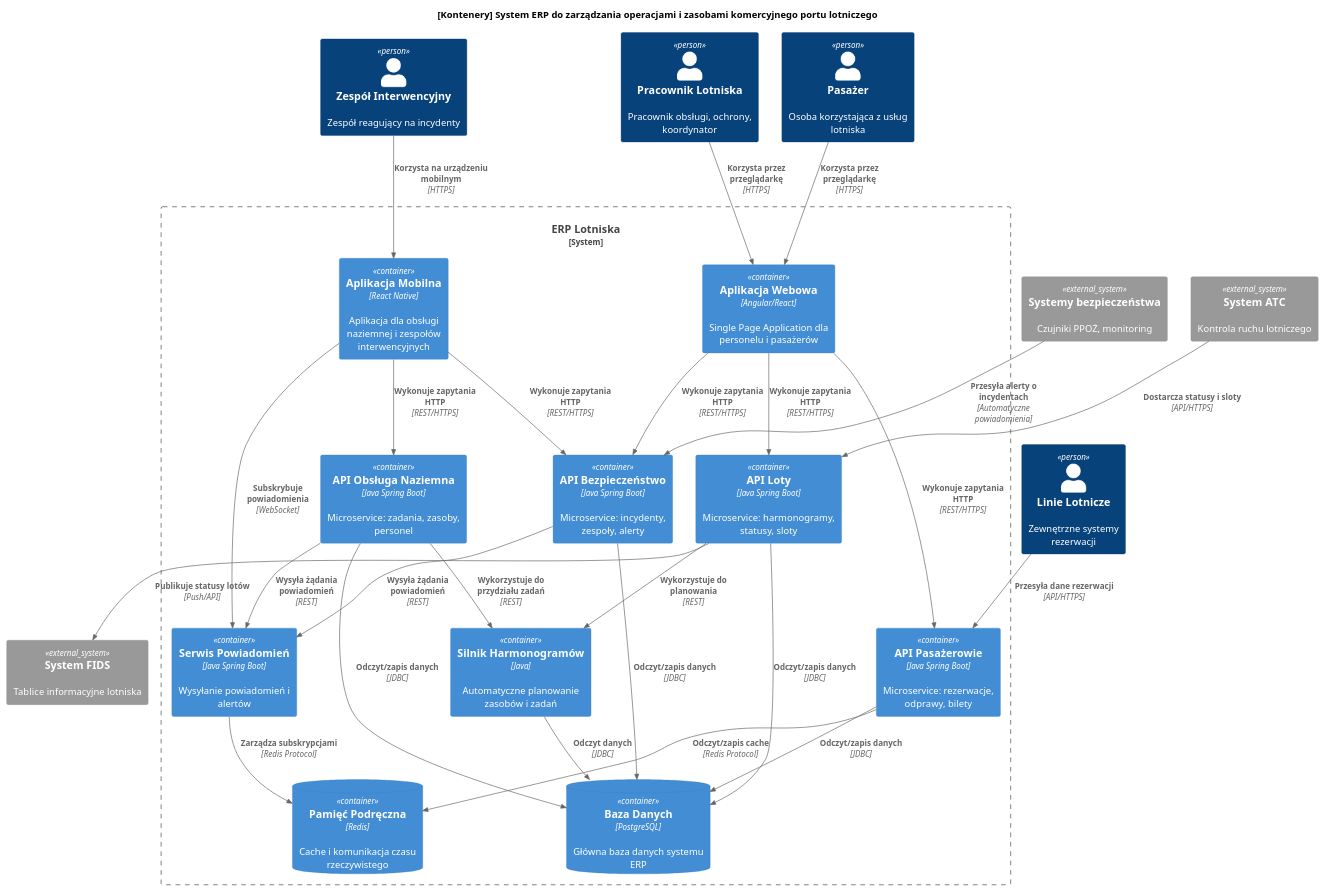
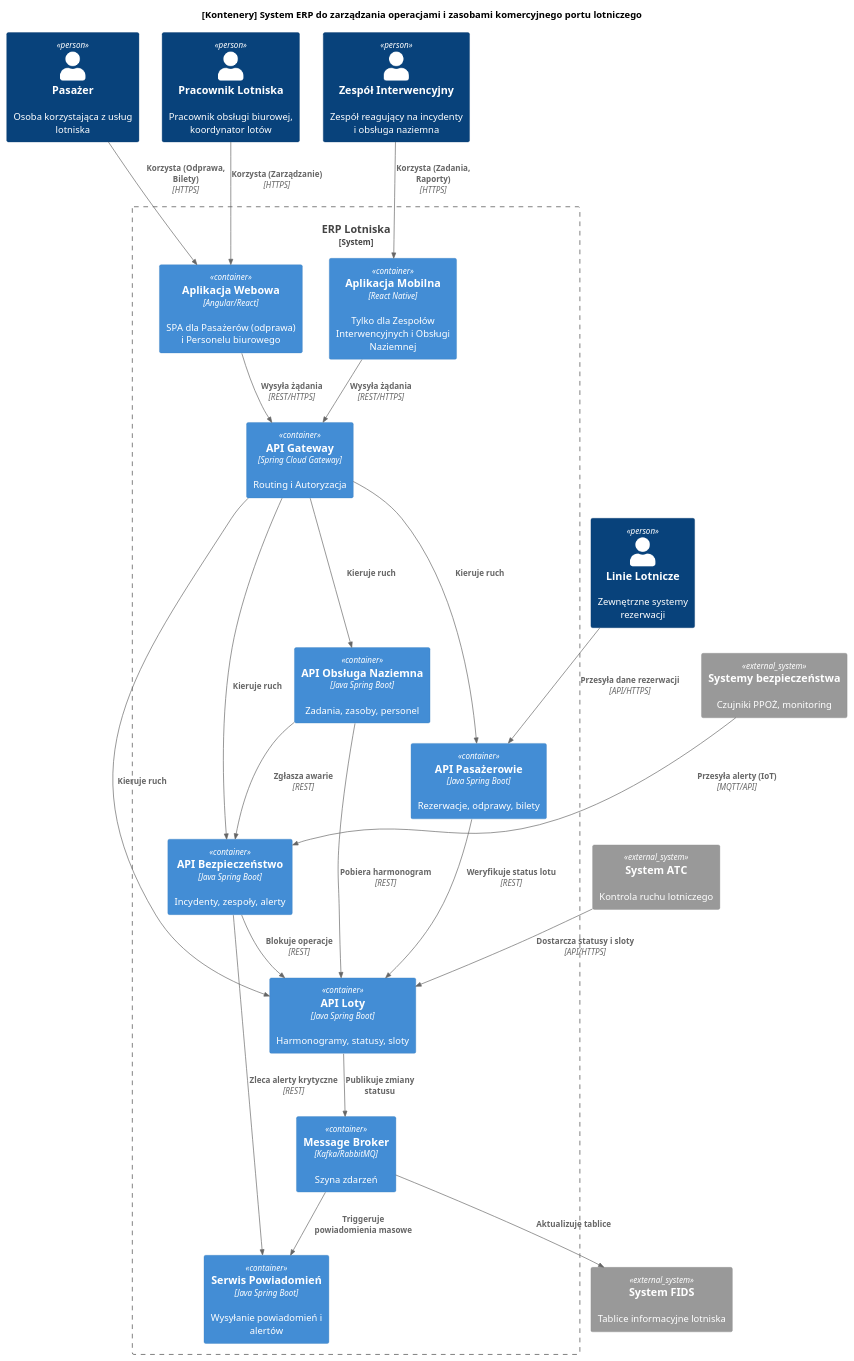
The diagram in Etap II/level2-container/system-overview.puml (lsok02/PSI), drawn with PlantUML before and after one commit. The commit also changed 2 other files, not shown here.

Commit message:
Add container diagram and detailed microservices descriptions for ERP system

```diff
--- a/Etap II/level2-container/system-overview.puml
+++ b/Etap II/level2-container/system-overview.puml
@@ -1,67 +1,74 @@
 @startuml
 !include https://raw.githubusercontent.com/plantuml-stdlib/C4-PlantUML/master/C4_Container.puml
 
 title [Kontenery] System ERP do zarządzania operacjami i zasobami komercyjnego portu lotniczego
 
+' --- AKTORZY ---
 Person(passenger, "Pasażer", "Osoba korzystająca z usług lotniska")
-Person(staff, "Pracownik Lotniska", "Pracownik obsługi, ochrony, koordynator")
-Person(team, "Zespół Interwencyjny", "Zespół reagujący na incydenty")
+Person(staff, "Pracownik Lotniska", "Pracownik obsługi biurowej, koordynator lotów")
+Person(team, "Zespół Interwencyjny", "Zespół reagujący na incydenty i obsługa naziemna")
 Person(airline, "Linie Lotnicze", "Zewnętrzne systemy rezerwacji")
 
+' --- SYSTEMY ZEWNĘTRZNE ---
 System_Ext(atc, "System ATC", "Kontrola ruchu lotniczego")
 System_Ext(fids, "System FIDS", "Tablice informacyjne lotniska")
 System_Ext(security, "Systemy bezpieczeństwa", "Czujniki PPOŻ, monitoring")
 
 System_Boundary(erp, "ERP Lotniska") {
-    Container(web_app, "Aplikacja Webowa", "Angular/React", "Single Page Application dla personelu i pasażerów")
-    Container(mobile_app, "Aplikacja Mobilna", "React Native", "Aplikacja dla obsługi naziemnej i zespołów interwencyjnych")
-    
-    Container(passenger_api, "API Pasażerowie", "Java Spring Boot", "Microservice: rezerwacje, odprawy, bilety")
-    Container(flights_api, "API Loty", "Java Spring Boot", "Microservice: harmonogramy, statusy, sloty")
-    Container(security_api, "API Bezpieczeństwo", "Java Spring Boot", "Microservice: incydenty, zespoły, alerty")
-    Container(ground_api, "API Obsługa Naziemna", "Java Spring Boot", "Microservice: zadania, zasoby, personel")
-    
+
+    ' --- APLIKACJE (FRONTEND) ---
+    Container(web_app, "Aplikacja Webowa", "Angular/React", "SPA dla Pasażerów (odprawa) i Personelu biurowego")
+    Container(mobile_app, "Aplikacja Mobilna", "React Native", "Tylko dla Zespołów Interwencyjnych i Obsługi Naziemnej")
+
+    ' --- BRAMA API ---
+    Container(api_gateway, "API Gateway", "Spring Cloud Gateway", "Routing i Autoryzacja")
+
+    ' --- MIKROSERWISY (BACKEND) ---
+    Container(passenger_api, "API Pasażerowie", "Java Spring Boot", "Rezerwacje, odprawy, bilety")
+    Container(flights_api, "API Loty", "Java Spring Boot", "Harmonogramy, statusy, sloty")
+    Container(security_api, "API Bezpieczeństwo", "Java Spring Boot", "Incydenty, zespoły, alerty")
+    Container(ground_api, "API Obsługa Naziemna", "Java Spring Boot", "Zadania, zasoby, personel")
+
     Container(notification_service, "Serwis Powiadomień", "Java Spring Boot", "Wysyłanie powiadomień i alertów")
-    Container(scheduling_engine, "Silnik Harmonogramów", "Java", "Automatyczne planowanie zasobów i zadań")
-    
-    ContainerDb(postgresql, "Baza Danych", "PostgreSQL", "Główna baza danych systemu ERP")
-    ContainerDb(redis, "Pamięć Podręczna", "Redis", "Cache i komunikacja czasu rzeczywistego")
+
+    ' --- KOMUNIKACJA ASYNCHRONICZNA ---
+    Container(msg_broker, "Message Broker", "Kafka/RabbitMQ", "Szyna zdarzeń")
 }
 
-' Relacje użytkowników
-Rel(passenger, web_app, "Korzysta przez przeglądarkę", "HTTPS")
-Rel(staff, web_app, "Korzysta przez przeglądarkę", "HTTPS")
-Rel(team, mobile_app, "Korzysta na urządzeniu mobilnym", "HTTPS")
+' --- RELACJE UŻYTKOWNIKÓW ---
+Rel(passenger, web_app, "Korzysta (Odprawa, Bilety)", "HTTPS")
+Rel(staff, web_app, "Korzysta (Zarządzanie)", "HTTPS")
+Rel(team, mobile_app, "Korzysta (Zadania, Raporty)", "HTTPS")
 
-' Relacje frontend -> backend
-Rel(web_app, passenger_api, "Wykonuje zapytania HTTP", "REST/HTTPS")
-Rel(web_app, flights_api, "Wykonuje zapytania HTTP", "REST/HTTPS")
-Rel(web_app, security_api, "Wykonuje zapytania HTTP", "REST/HTTPS")
+' --- RELACJE FRONTEND -> BACKEND ---
+Rel(web_app, api_gateway, "Wysyła żądania", "REST/HTTPS")
+Rel(mobile_app, api_gateway, "Wysyła żądania", "REST/HTTPS")
 
-Rel(mobile_app, ground_api, "Wykonuje zapytania HTTP", "REST/HTTPS")
-Rel(mobile_app, security_api, "Wykonuje zapytania HTTP", "REST/HTTPS")
-Rel(mobile_app, notification_service, "Subskrybuje powiadomienia", "WebSocket")
+Rel(api_gateway, passenger_api, "Kieruje ruch")
+Rel(api_gateway, flights_api, "Kieruje ruch")
+Rel(api_gateway, security_api, "Kieruje ruch")
+Rel(api_gateway, ground_api, "Kieruje ruch")
 
-' Relacje między mikroserwisami
-Rel(passenger_api, postgresql, "Odczyt/zapis danych", "JDBC")
-Rel(flights_api, postgresql, "Odczyt/zapis danych", "JDBC")
-Rel(security_api, postgresql, "Odczyt/zapis danych", "JDBC")
-Rel(ground_api, postgresql, "Odczyt/zapis danych", "JDBC")
+' --- BEZPOŚREDNIA KOMUNIKACJA MIĘDZY SERWISAMI (SYNCHRONICZNA - REST) ---
+' Pasażer pyta o lot
+Rel(passenger_api, flights_api, "Weryfikuje status lotu", "REST")
+' Obsługa naziemna pobiera dane o samolocie do zadań
+Rel(ground_api, flights_api, "Pobiera harmonogram", "REST")
+' Bezpieczeństwo blokuje loty przy zagrożeniu
+Rel(security_api, flights_api, "Blokuje operacje", "REST")
+' Obsługa naziemna zgłasza awarię sprzętu jako incydent
+Rel(ground_api, security_api, "Zgłasza awarie", "REST")
+' Bezpieczeństwo wysyła natychmiastowy alert do ludzi
+Rel(security_api, notification_service, "Zleca alerty krytyczne", "REST")
 
-Rel(passenger_api, redis, "Odczyt/zapis cache", "Redis Protocol")
-Rel(notification_service, redis, "Zarządza subskrypcjami", "Redis Protocol")
+' --- KOMUNIKACJA ASYNCHRONICZNA (BROKER) ---
+Rel(flights_api, msg_broker, "Publikuje zmiany statusu")
+Rel(msg_broker, fids, "Aktualizuje tablice")
+Rel(msg_broker, notification_service, "Triggeruje powiadomienia masowe")
 
-Rel(flights_api, scheduling_engine, "Wykorzystuje do planowania", "REST")
-Rel(ground_api, scheduling_engine, "Wykorzystuje do przydziału zadań", "REST")
-Rel(scheduling_engine, postgresql, "Odczyt danych", "JDBC")
-
-Rel(security_api, notification_service, "Wysyła żądania powiadomień", "REST")
-Rel(ground_api, notification_service, "Wysyła żądania powiadomień", "REST")
-
-' Integracje z systemami zewnętrznymi
+' --- INTEGRACJE ZEWNĘTRZNE ---
 Rel(airline, passenger_api, "Przesyła dane rezerwacji", "API/HTTPS")
 Rel(atc, flights_api, "Dostarcza statusy i sloty", "API/HTTPS")
-Rel(flights_api, fids, "Publikuje statusy lotów", "Push/API")
-Rel(security, security_api, "Przesyła alerty o incydentach", "Automatyczne powiadomienia")
+Rel(security, security_api, "Przesyła alerty (IoT)", "MQTT/API")
 
 @enduml
```
